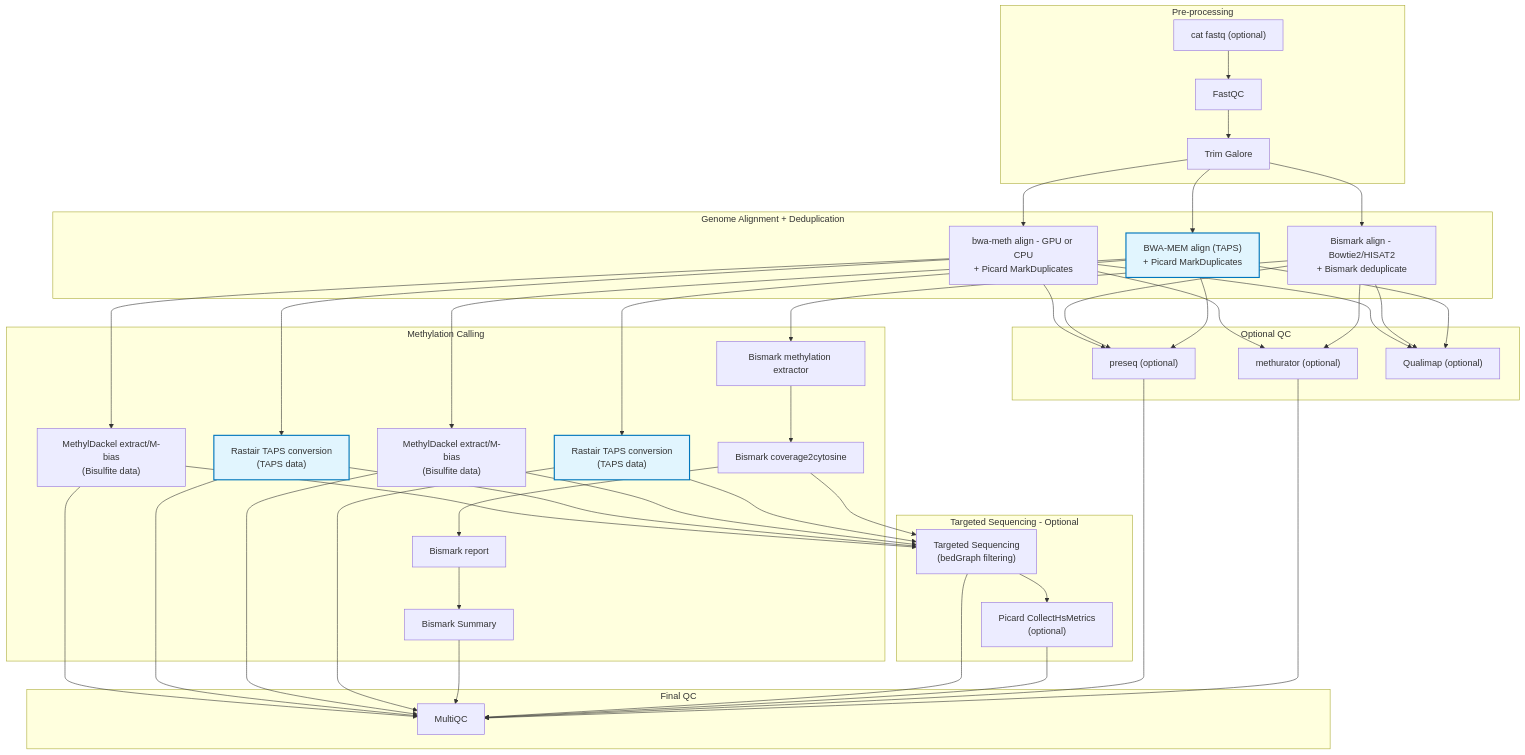
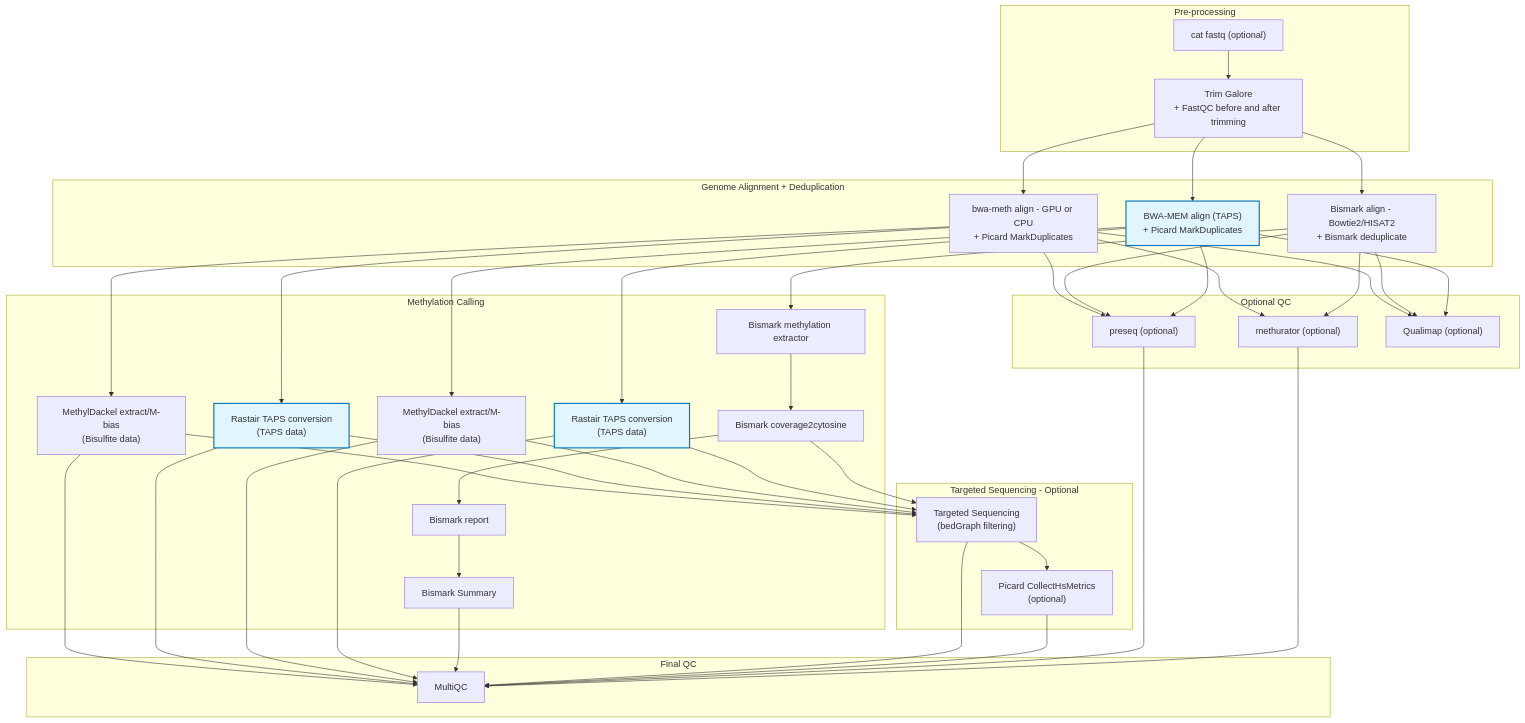
One commit to nf-core/methylseq changed the diagram in docs/usage.md. Above: the diagram before and after it, drawn with Mermaid. The commit also changed other lines of this file and 9 other files, not shown here.

First line of the commit message:
docs, tests: Trim Galore FastQC and MultiQC 1.35

````diff
--- a/docs/usage.md
+++ b/docs/usage.md
@@ -31,61 +31,61 @@
 ```mermaid
 flowchart TD
     subgraph Stage1[Pre-processing]
-        A["cat fastq (optional)"] --> B["FastQC"] --> C["Trim Galore"]
+        A["cat fastq (optional)"] --> C["Trim Galore<br/>+ FastQC before and after trimming"]
     end
 
     subgraph Stage2[Genome Alignment + Deduplication]
         C --> D1["bwa-meth align - GPU or CPU<br/>+ Picard MarkDuplicates"]
         C --> D2["Bismark align - Bowtie2/HISAT2<br/>+ Bismark deduplicate"]
         C --> D3["BWA-MEM align (TAPS)<br/>+ Picard MarkDuplicates"]
     end
 
     subgraph Stage3[Methylation Calling]
         D1 --> E1["MethylDackel extract/M-bias<br/>(Bisulfite data)"]
         D1 --> E2["Rastair TAPS conversion<br/>(TAPS data)"]
 
         D2 --> F1["Bismark methylation extractor"]
         F1 --> F2["Bismark coverage2cytosine"]
         F2 --> F3["Bismark report"]
         F3 --> F4["Bismark Summary"]
 
         D3 --> E3["MethylDackel extract/M-bias<br/>(Bisulfite data)"]
         D3 --> E4["Rastair TAPS conversion<br/>(TAPS data)"]
     end
 
     subgraph Stage3b[Targeted Sequencing - Optional]
         E1 --> I1["Targeted Sequencing<br/>(bedGraph filtering)"]
         E2 --> I1
         E3 --> I1
         E4 --> I1
         F2 --> I1
         I1 --> I2["Picard CollectHsMetrics<br/>(optional)"]
     end
 
     subgraph Stage3c[Optional QC]
         D1 --> J1["preseq (optional)"]
         D2 --> J1
         D3 --> J1
         D1 --> J2["methurator (optional)"]
         D2 --> J2
         D1 --> J3["Qualimap (optional)"]
         D2 --> J3
         D3 --> J3
     end
 
     subgraph Stage4[Final QC]
         E1 --> H1["MultiQC"]
         E2 --> H1
         E3 --> H1
         E4 --> H1
         F4 --> H1
         I1 --> H1
         I2 --> H1
         J1 --> H1
         J2 --> H1
     end
 
     %% Styling for TAPS workflows
     classDef tapsStyle fill:#e1f5fe,stroke:#0277bd,stroke-width:2px
     class D3,E2,E4 tapsStyle
 ```
````
